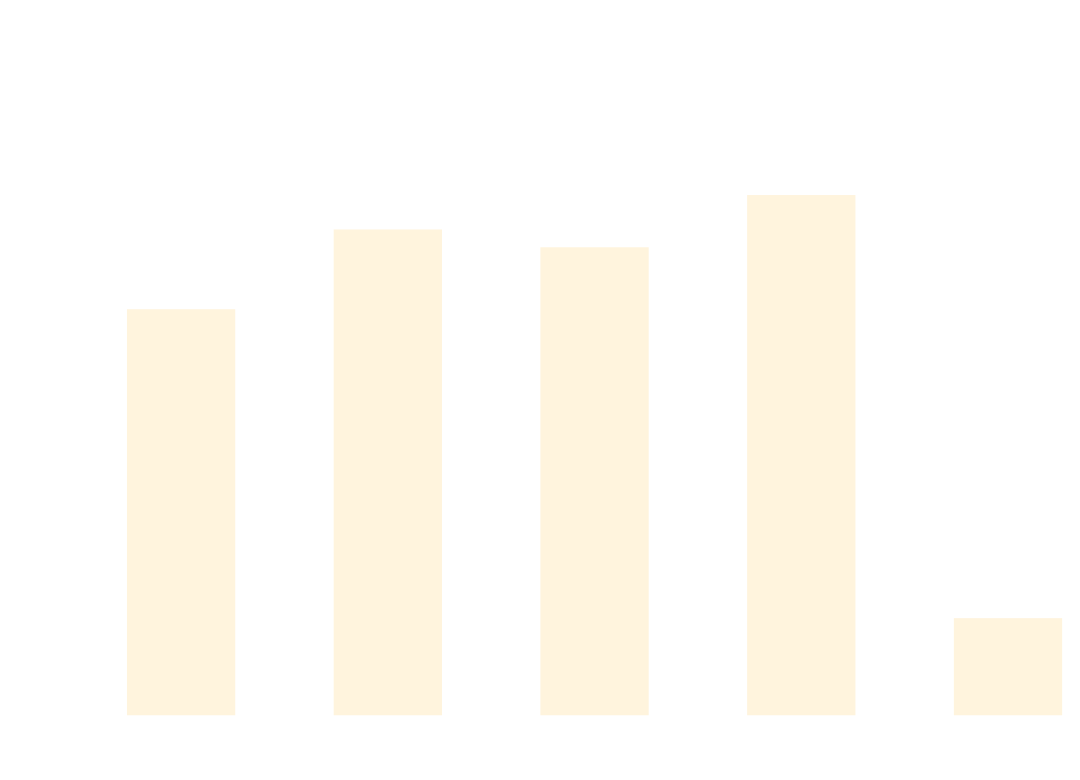
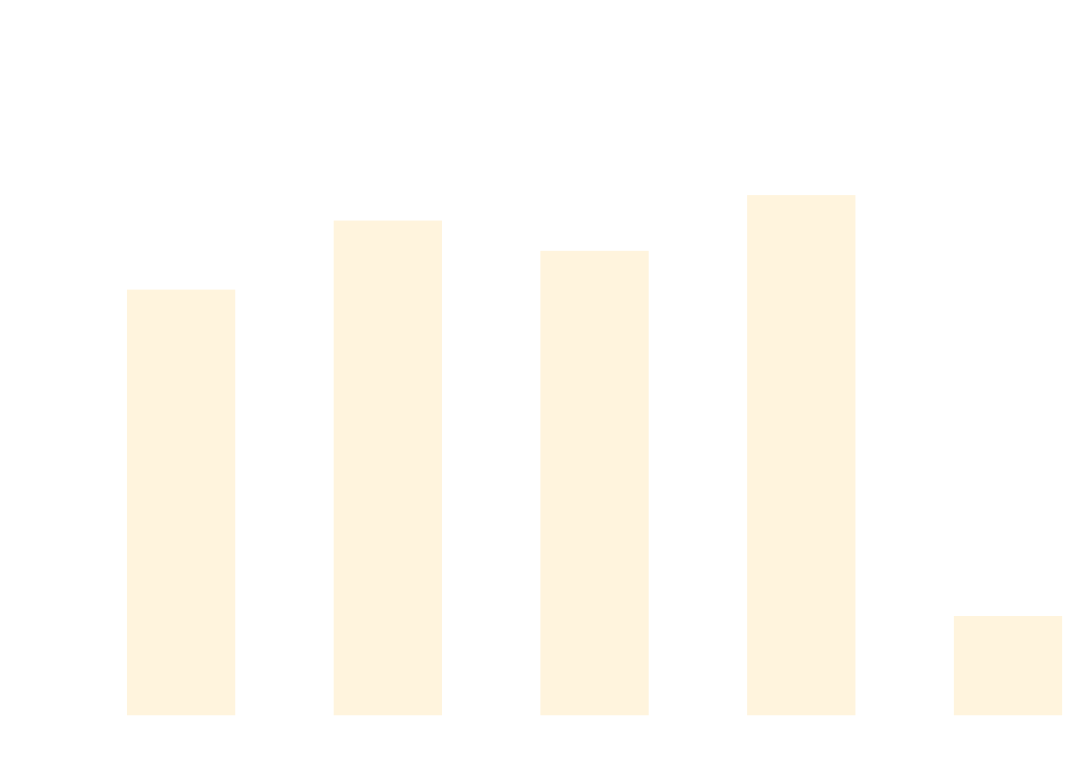
The diagram in docs/docs/benchmarks/AsyncTests.md (thomhurst/TUnit), drawn with Mermaid before and after one commit. The commit also changed other lines of this file and 17 other files, not shown here.

````diff
--- a/docs/docs/benchmarks/AsyncTests.md
+++ b/docs/docs/benchmarks/AsyncTests.md
@@ -27,37 +27,37 @@
 ```mermaid
 %%{init: {
   'theme':'base',
   'themeVariables': {
     'primaryColor': '#2563eb',
     'primaryTextColor': '#ffffff',
     'primaryBorderColor': '#1e40af',
     'lineColor': '#6b7280',
     'secondaryColor': '#7c3aed',
     'tertiaryColor': '#dc2626',
     'background': '#ffffff',
     'mainBkg': '#2563eb',
     'secondBkg': '#7c3aed',
     'tertiaryBkg': '#dc2626',
     'clusterBkg': '#f3f4f6',
     'edgeLabelBackground': '#ffffff',
     'tertiaryTextColor': '#1f2937',
     'pie1': '#2563eb',
     'pie2': '#7c3aed',
     'pie3': '#dc2626',
     'pie4': '#f59e0b',
     'pie5': '#10b981',
     'pie6': '#06b6d4',
     'pie7': '#ec4899',
     'pie8': '#6366f1',
     'pie9': '#84cc16',
     'pie10': '#f97316',
     'pie11': '#14b8a6',
     'pie12': '#a855f7'
   }
 }}%%
 xychart-beta
   title "AsyncTests Performance Comparison"
   x-axis ["TUnit", "NUnit", "MSTest", "xUnit3", "TUnit_AOT"]
-  y-axis "Time (ms)" 0 --> 892
-  bar [576.1, 692.6, 666.6, 742.9, 124.7]
+  y-axis "Time (ms)" 0 --> 870
+  bar [589.8, 688.2, 645.1, 724.5, 124.7]
 ```
````
